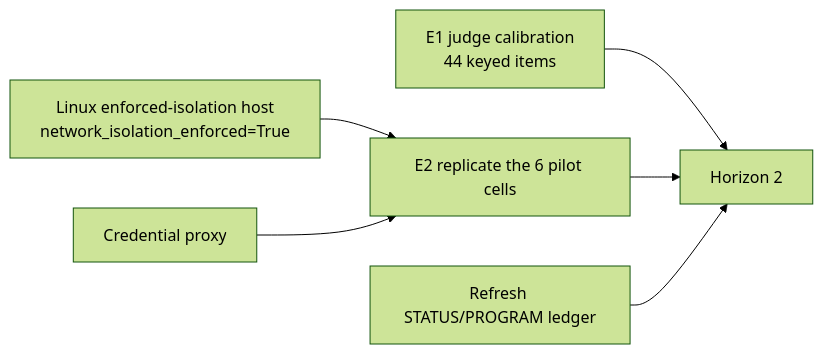
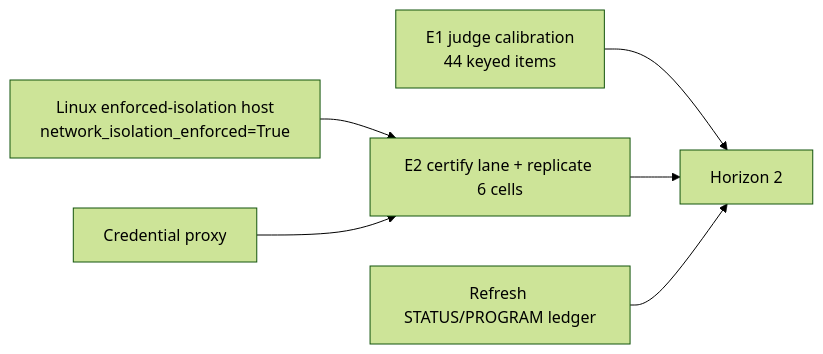
The diagram in research/roadmap/analyst-future-research-roadmap-2026-08-29.md (PeterMakhnatch/eval-lab), drawn with Mermaid (forest theme) before and after one commit. The commit also changed other lines of this file and 2 other files, not shown here.

First line of the commit message:
research(roadmap): four claim corrections - E2 lane certification, conditional budget shape, exact 64k boundary, E1 grader cost

````diff
--- a/research/roadmap/analyst-future-research-roadmap-2026-08-29.md
+++ b/research/roadmap/analyst-future-research-roadmap-2026-08-29.md
@@ -1244,8 +1285,8 @@
 ```mermaid
 graph LR
   E1[E1 judge calibration<br/>44 keyed items] --> H2
-  L[Linux enforced-isolation host<br/>network_isolation_enforced=True] --> E2[E2 replicate the 6 pilot cells]
+  L[Linux enforced-isolation host<br/>network_isolation_enforced=True] --> E2[E2 certify lane + replicate 6 cells]
   P[Credential proxy] --> E2
   E2 --> H2[Horizon 2]
   W5[Refresh STATUS/PROGRAM ledger] --> H2
 ```
````
